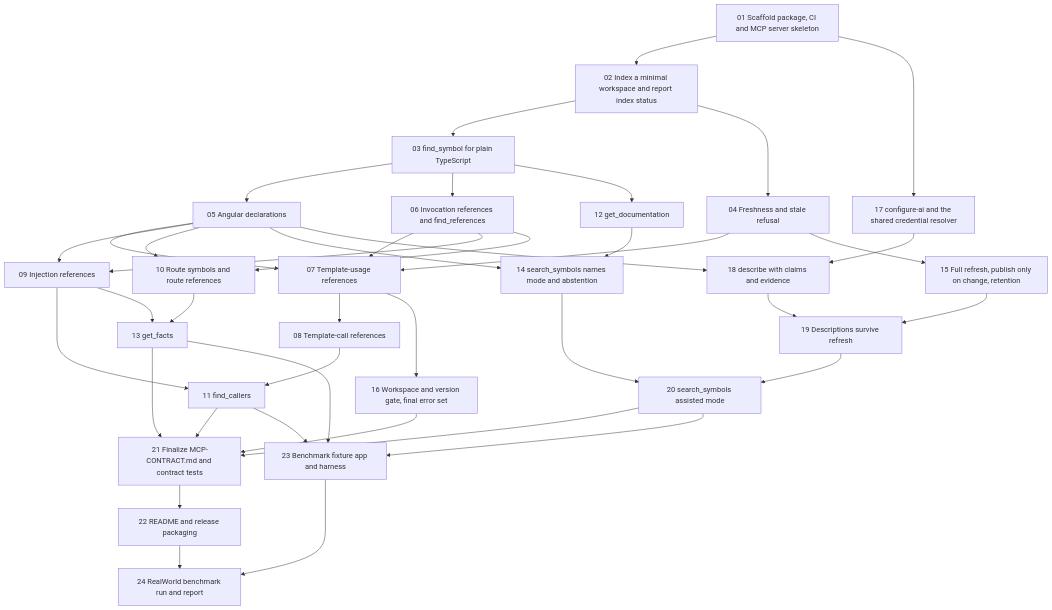
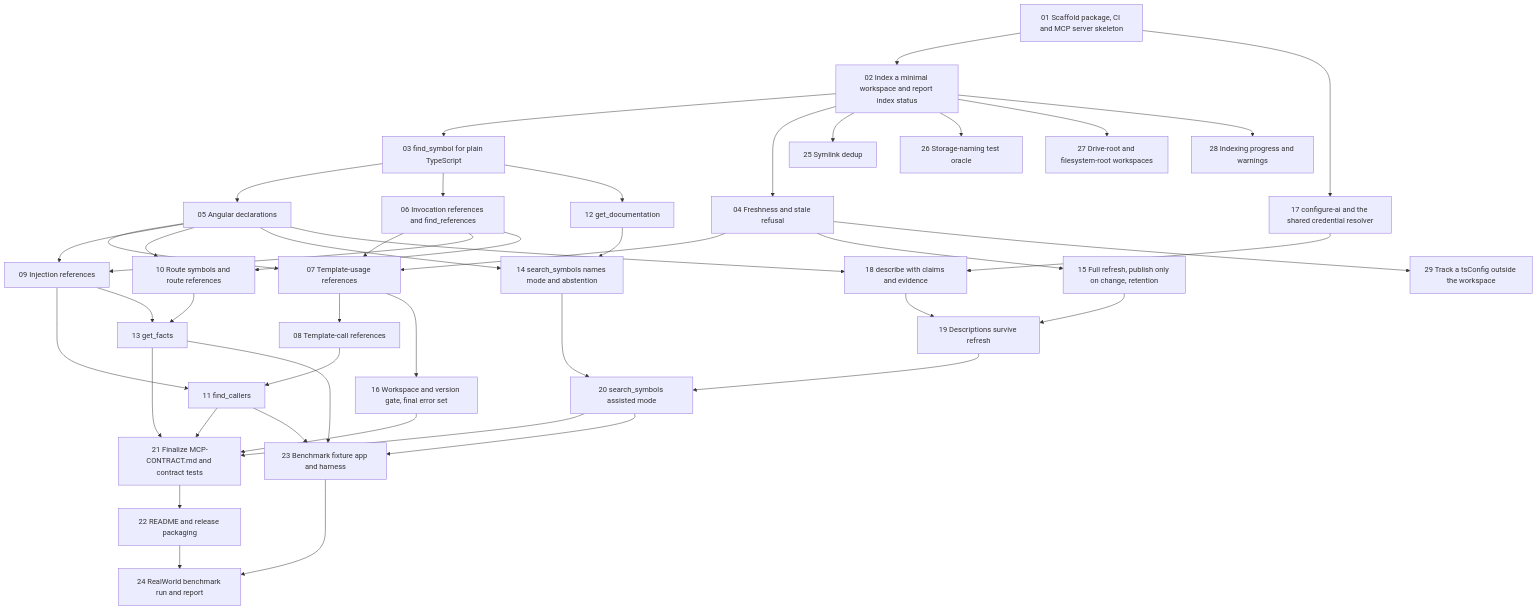
The diagram in CodeAtlas.Angular/docs/tasks/BOARD.md (dimitriskl/CodeAtlas), drawn with Mermaid before and after one commit. The commit also changed other lines of this file and 6 other files, not shown here.

````diff
--- a/CodeAtlas.Angular/docs/tasks/BOARD.md
+++ b/CodeAtlas.Angular/docs/tasks/BOARD.md
@@ -36,66 +41,76 @@
 ```mermaid
 graph TD
   T01["01 Scaffold package, CI and MCP server skeleton"]
   T02["02 Index a minimal workspace and report index status"]
   T03["03 find_symbol for plain TypeScript"]
   T04["04 Freshness and stale refusal"]
   T05["05 Angular declarations"]
   T06["06 Invocation references and find_references"]
   T07["07 Template-usage references"]
   T08["08 Template-call references"]
   T09["09 Injection references"]
   T10["10 Route symbols and route references"]
   T11["11 find_callers"]
   T12["12 get_documentation"]
   T13["13 get_facts"]
   T14["14 search_symbols names mode and abstention"]
   T15["15 Full refresh, publish only on change, retention"]
   T16["16 Workspace and version gate, final error set"]
   T17["17 configure-ai and the shared credential resolver"]
   T18["18 describe with claims and evidence"]
   T19["19 Descriptions survive refresh"]
   T20["20 search_symbols assisted mode"]
   T21["21 Finalize MCP-CONTRACT.md and contract tests"]
   T22["22 README and release packaging"]
   T23["23 Benchmark fixture app and harness"]
   T24["24 RealWorld benchmark run and report"]
   T01 --> T02
   T02 --> T03
   T02 --> T04
   T03 --> T05
   T03 --> T06
   T04 --> T07
   T05 --> T07
   T06 --> T07
   T07 --> T08
   T05 --> T09
   T06 --> T09
   T05 --> T10
   T06 --> T10
   T08 --> T11
   T09 --> T11
   T03 --> T12
   T09 --> T13
   T10 --> T13
   T05 --> T14
   T12 --> T14
   T04 --> T15
   T07 --> T16
   T01 --> T17
   T05 --> T18
   T17 --> T18
   T15 --> T19
   T18 --> T19
   T14 --> T20
   T19 --> T20
   T11 --> T21
   T13 --> T21
   T16 --> T21
   T20 --> T21
   T21 --> T22
   T11 --> T23
   T13 --> T23
   T20 --> T23
   T22 --> T24
   T23 --> T24
+  T25["25 Symlink dedup"]
+  T26["26 Storage-naming test oracle"]
+  T27["27 Drive-root and filesystem-root workspaces"]
+  T28["28 Indexing progress and warnings"]
+  T29["29 Track a tsConfig outside the workspace"]
+  T02 --> T25
+  T02 --> T26
+  T02 --> T27
+  T02 --> T28
+  T04 --> T29
 ```
````
